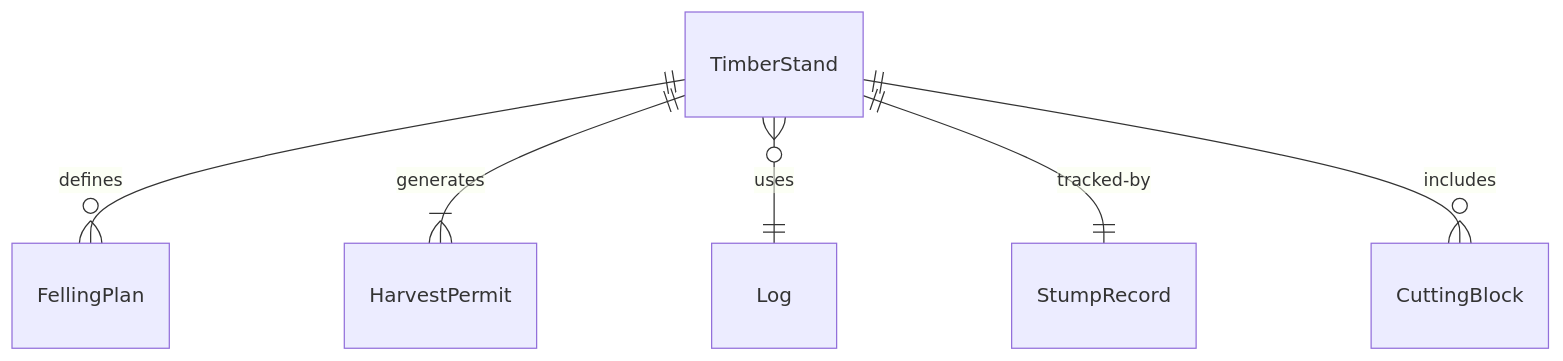
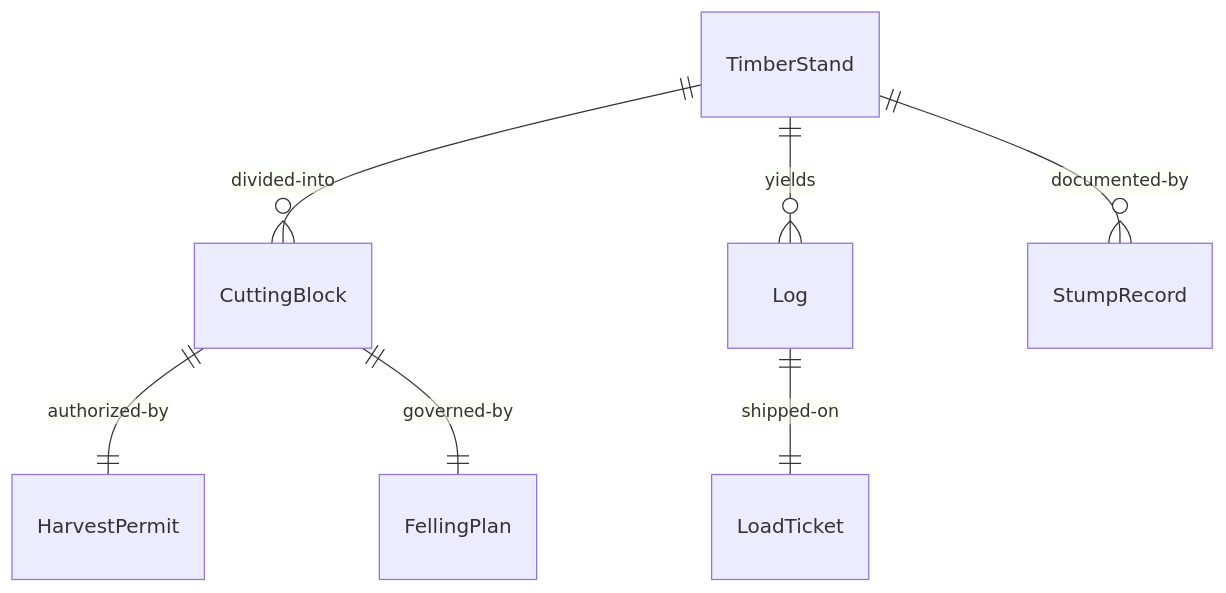
The first of 4 diagrams in HandlingAndMovingObjects/CutTreesOrOtherVegetation/CutTreesLogs.mdx (dot-org-ai/tasks.org.ai), drawn with Mermaid before and after one commit. The commit also changed other lines of this file and 515 other files, not shown here.

````diff
--- a/HandlingAndMovingObjects/CutTreesOrOtherVegetation/CutTreesLogs.mdx
+++ b/HandlingAndMovingObjects/CutTreesOrOtherVegetation/CutTreesLogs.mdx
@@ -89,8 +89,9 @@
 ```mermaid
 erDiagram
-    TimberStand ||--o{ FellingPlan : "defines"
-    TimberStand ||--|{ HarvestPermit : "generates"
-    TimberStand }o--|| Log : "uses"
-    TimberStand ||--|| StumpRecord : "tracked-by"
-    TimberStand ||--o{ CuttingBlock : "includes"
+    TimberStand ||--o{ CuttingBlock : "divided-into"
+    CuttingBlock ||--|| HarvestPermit : "authorized-by"
+    CuttingBlock ||--|| FellingPlan : "governed-by"
+    TimberStand ||--o{ Log : "yields"
+    Log ||--|| LoadTicket : "shipped-on"
+    TimberStand ||--o{ StumpRecord : "documented-by"
 ```
````
